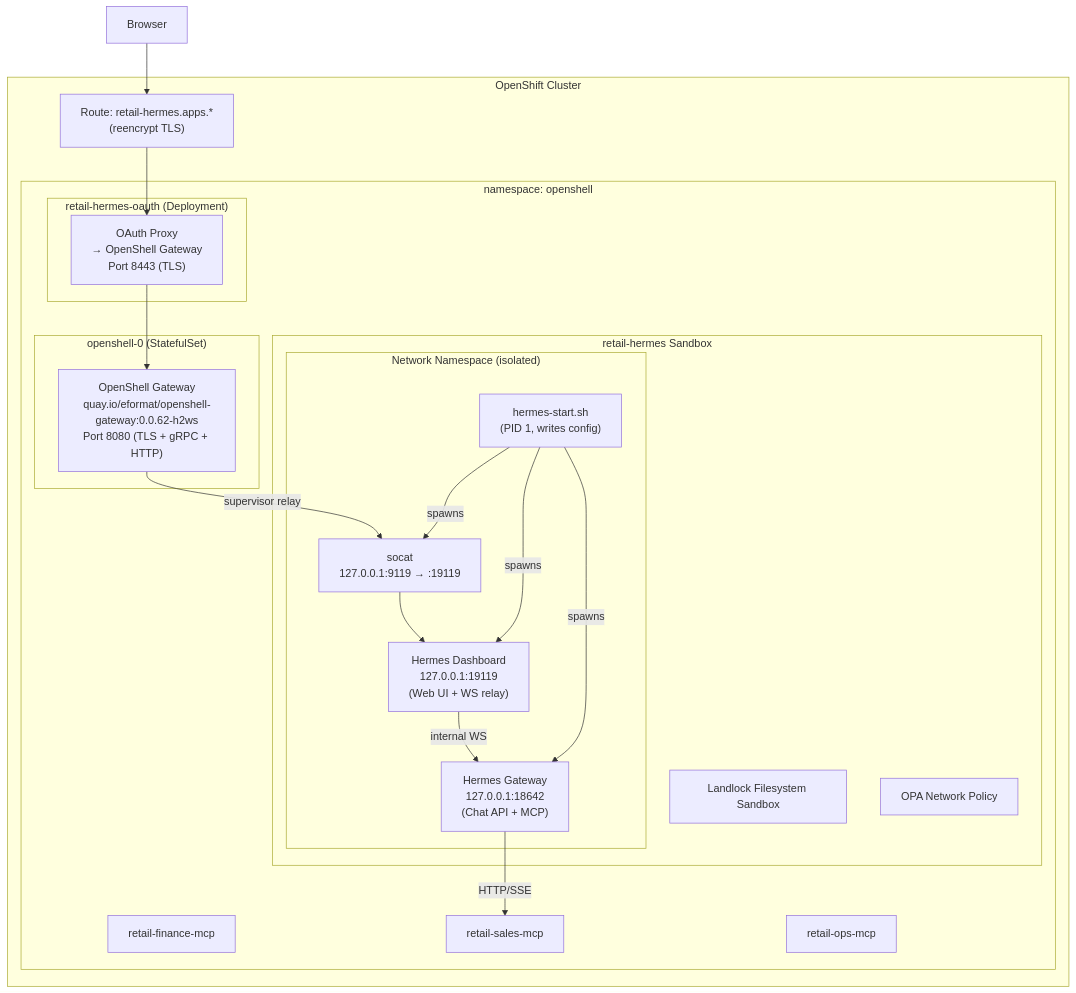
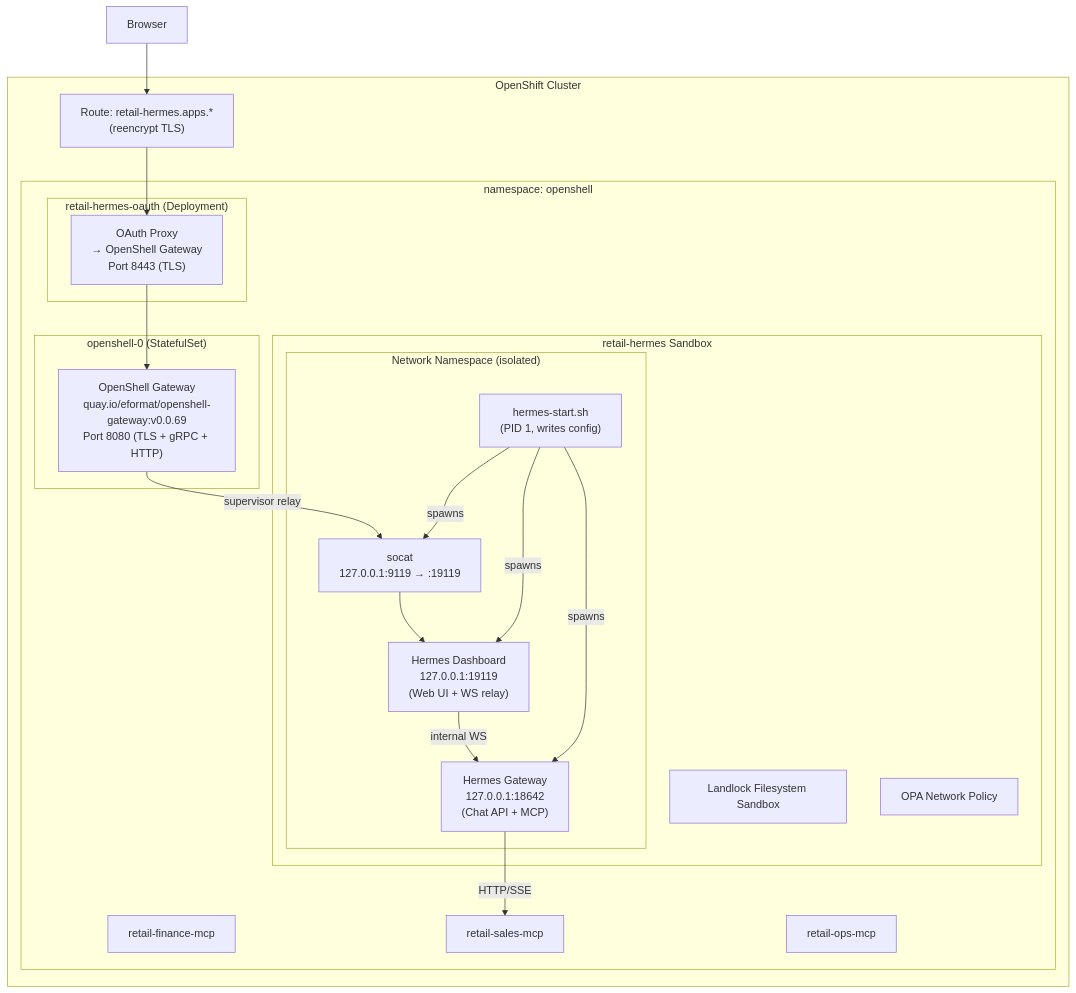
The second of 4 diagrams in legacy/retail/README.md (eformat/data-agent-ctf), drawn with Mermaid before and after one commit. The commit also changed 2 other files, not shown here.

Commit message:
💧 remove ununsed files💧

````diff
--- a/legacy/retail/README.md
+++ b/legacy/retail/README.md
@@ -56,42 +56,42 @@
 ```mermaid
 graph TB
     subgraph cluster["OpenShift Cluster"]
         subgraph openshell_ns["namespace: openshell"]
             subgraph gw_pod["openshell-0 (StatefulSet)"]
-                GW["OpenShell Gateway<br/>quay.io/eformat/openshell-gateway:0.0.62-h2ws<br/>Port 8080 (TLS + gRPC + HTTP)"]
+                GW["OpenShell Gateway<br/>quay.io/eformat/openshell-gateway:v0.0.69<br/>Port 8080 (TLS + gRPC + HTTP)"]
             end
 
             subgraph oauth_pod["retail-hermes-oauth (Deployment)"]
                 OAUTH["OAuth Proxy<br/>→ OpenShell Gateway<br/>Port 8443 (TLS)"]
             end
 
             subgraph sandbox["retail-hermes Sandbox"]
                 subgraph netns["Network Namespace (isolated)"]
                     SOCAT["socat<br/>127.0.0.1:9119 → :19119"]
                     DASH["Hermes Dashboard<br/>127.0.0.1:19119<br/>(Web UI + WS relay)"]
                     GWAPI["Hermes Gateway<br/>127.0.0.1:18642<br/>(Chat API + MCP)"]
                     START["hermes-start.sh<br/>(PID 1, writes config)"]
                 end
                 LANDLOCK["Landlock Filesystem Sandbox"]
                 OPA["OPA Network Policy"]
             end
 
             MCP_F["retail-finance-mcp"]
             MCP_S["retail-sales-mcp"]
             MCP_O["retail-ops-mcp"]
         end
 
         ROUTE["Route: retail-hermes.apps.*<br/>(reencrypt TLS)"]
     end
 
     BROWSER["Browser"] --> ROUTE
     ROUTE --> OAUTH
     OAUTH --> GW
     GW -->|"supervisor relay"| SOCAT
     SOCAT --> DASH
     DASH -->|"internal WS"| GWAPI
     GWAPI -->|"HTTP/SSE"| MCP_S
     START -->|"spawns"| GWAPI
     START -->|"spawns"| DASH
     START -->|"spawns"| SOCAT
 ```
````
